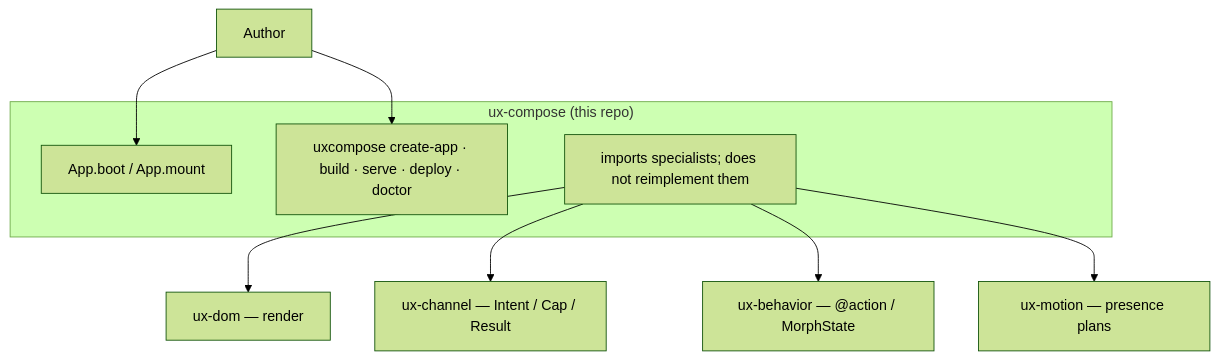
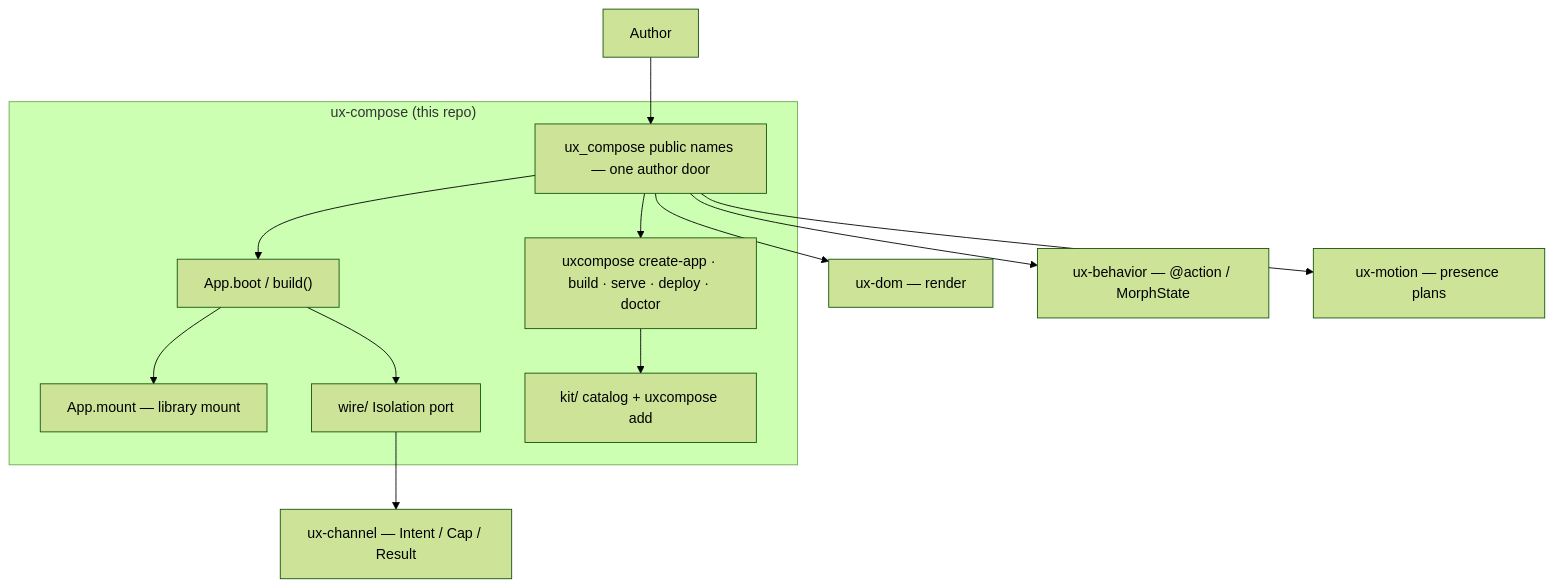
Before and after one commit to bitplorer/ux-compose: the diagram in docs/internals/c4.md, drawn with Mermaid (forest theme). The commit also changed other lines of this file and 4 other files, not shown here.

Commit message:
docs(architecture): ARCHITECTURE.md SSoT, ADR 0004, align INDEX/AGENTS/C4/CRITIC

````diff
--- a/docs/internals/c4.md
+++ b/docs/internals/c4.md
@@ -11,19 +12,26 @@
 ```mermaid
 flowchart TB
   Author[Author]
   subgraph this["ux-compose (this repo)"]
-    App["App.boot / App.mount"]
+    Door["ux_compose public names — one author door"]
+    App["App.boot / build()"]
+    Mount["App.mount — library mount"]
     CLI["uxcompose create-app · build · serve · deploy · doctor"]
-    Wrap["imports specialists; does not reimplement them"]
+    Kit["kit/ catalog + uxcompose add"]
+    Wire["wire/ Isolation port"]
   end
   Dom["ux-dom — render"]
   Channel["ux-channel — Intent / Cap / Result"]
   Behavior["ux-behavior — @action / MorphState"]
   Motion["ux-motion — presence plans"]
-  Author --> App
-  Author --> CLI
-  Wrap --> Dom
-  Wrap --> Channel
-  Wrap --> Behavior
-  Wrap --> Motion
+  Author --> Door
+  Door --> App
+  Door --> CLI
+  App --> Mount
+  CLI --> Kit
+  App --> Wire
+  Wire --> Channel
+  Door --> Dom
+  Door --> Behavior
+  Door --> Motion
 ```
````
